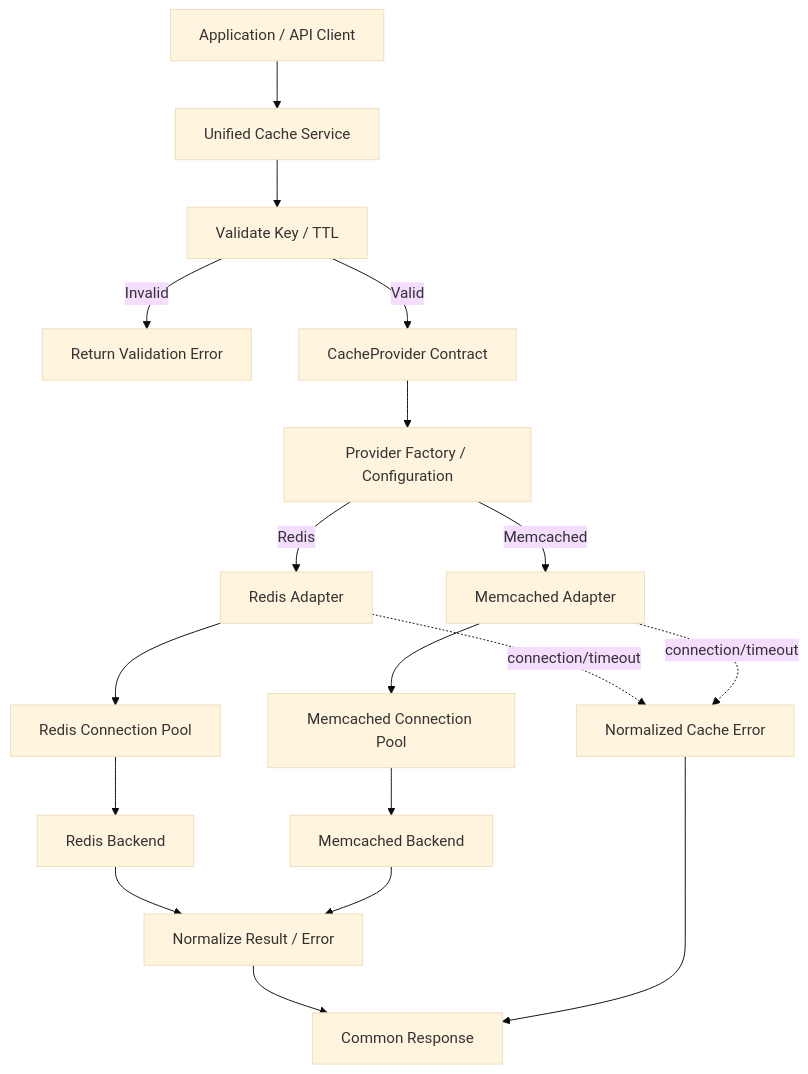
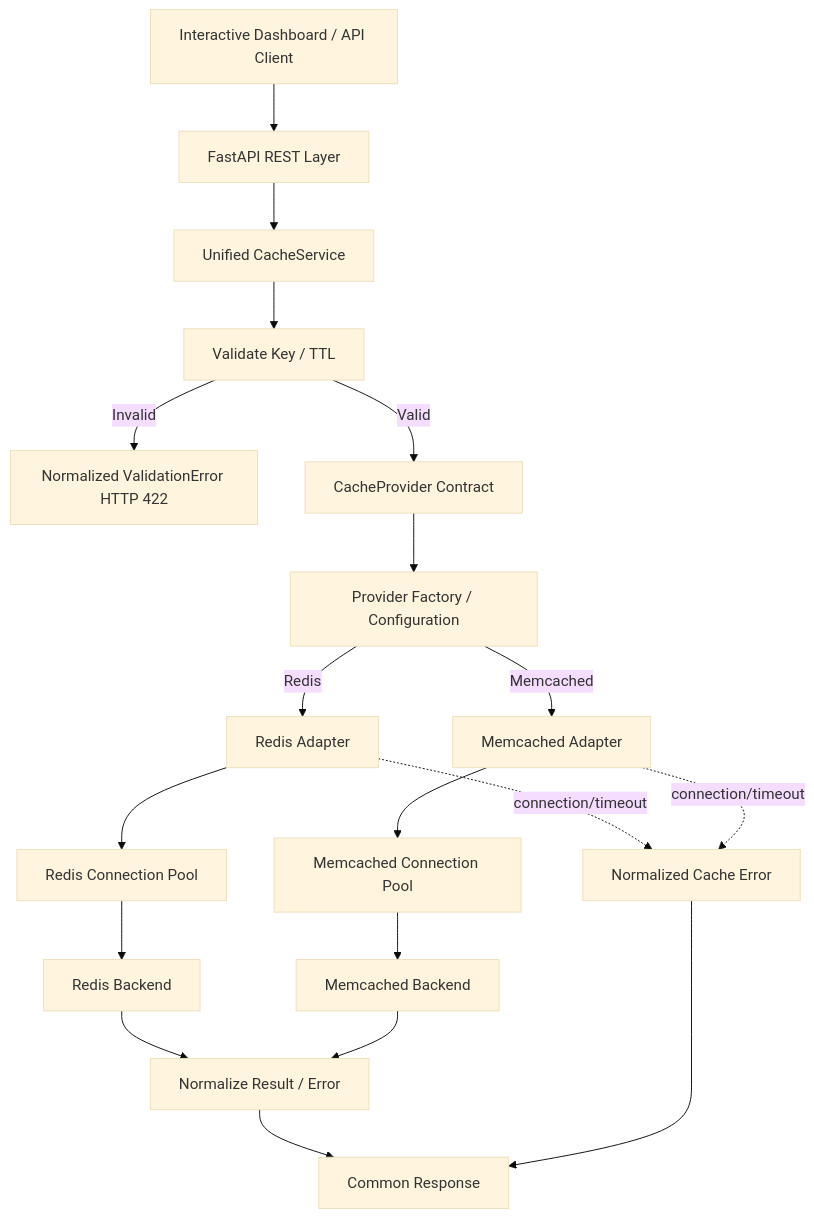
The diagram in README.md (adityashinde0/develop-a-pluggable-caching-abstraction-layer), drawn with Mermaid (base theme) before and after one commit. The commit also changed other lines of this file and 26 other files, not shown here.

Commit message:
feat(frontend): implement interactive judge presentation dashboard and live control plane

````diff
--- a/README.md
+++ b/README.md
@@ -26,20 +27,21 @@
 ```mermaid
 flowchart TD
-    A[Application / API Client] --> B[Unified Cache Service]
-    B --> C[Validate Key / TTL]
-    C -->|Invalid| E[Return Validation Error]
-    C -->|Valid| D[CacheProvider Contract]
-    D --> F[Provider Factory / Configuration]
-    F -->|Redis| G[Redis Adapter]
-    F -->|Memcached| H[Memcached Adapter]
-    G --> I[Redis Connection Pool]
-    H --> J[Memcached Connection Pool]
-    I --> K[Redis Backend]
-    J --> L[Memcached Backend]
-    K --> M[Normalize Result / Error]
-    L --> M
-    M --> N[Common Response]
-    G -. connection/timeout .-> O[Normalized Cache Error]
-    H -. connection/timeout .-> O
-    O --> N
+    A[Interactive Dashboard / API Client] --> B[FastAPI REST Layer]
+    B --> C[Unified CacheService]
+    C --> D[Validate Key / TTL]
+    D -->|Invalid| E[Normalized ValidationError HTTP 422]
+    D -->|Valid| F[CacheProvider Contract]
+    F --> G[Provider Factory / Configuration]
+    G -->|Redis| H[Redis Adapter]
+    G -->|Memcached| I[Memcached Adapter]
+    H --> J[Redis Connection Pool]
+    I --> K[Memcached Connection Pool]
+    J --> L[Redis Backend]
+    K --> M[Memcached Backend]
+    L --> N[Normalize Result / Error]
+    M --> N
+    N --> O[Common Response]
+    H -. connection/timeout .-> P[Normalized Cache Error]
+    I -. connection/timeout .-> P
+    P --> O
 ```
````
